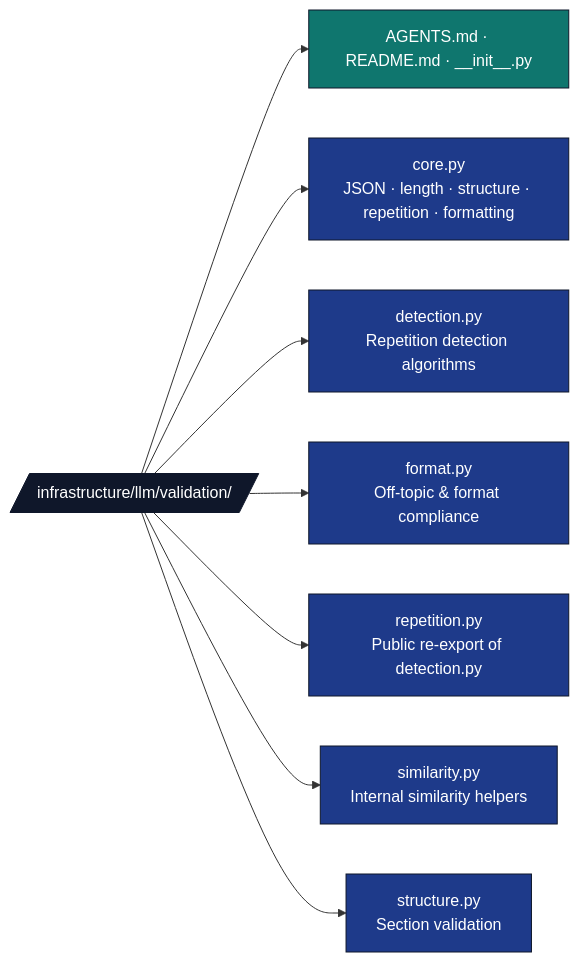
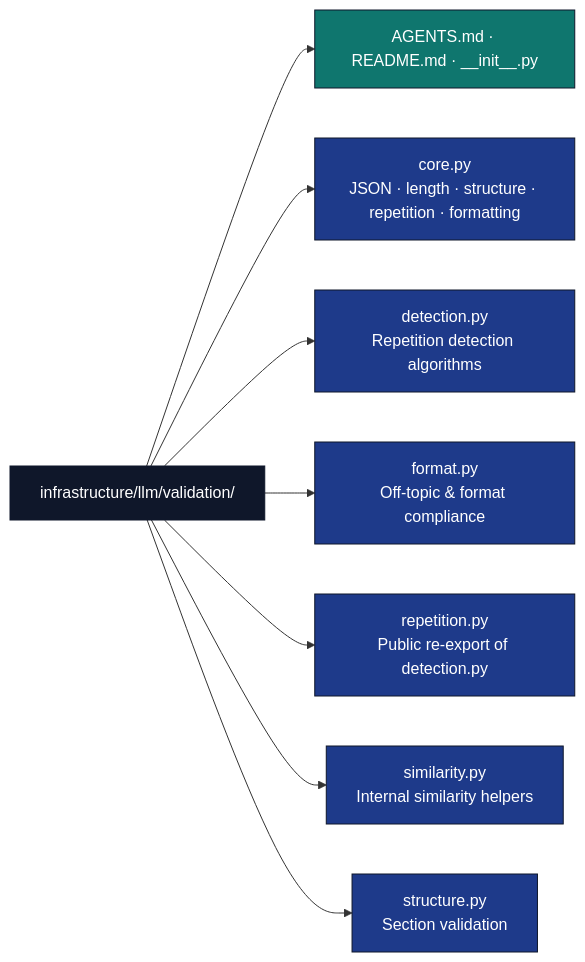
Before and after one commit to docxology/template: the diagram in infrastructure/llm/validation/AGENTS.md, drawn with Mermaid. The commit also changed 94 other files, not shown here.

````diff
--- a/infrastructure/llm/validation/AGENTS.md
+++ b/infrastructure/llm/validation/AGENTS.md
@@ -13,18 +13,18 @@
 ```mermaid
 flowchart LR
-    V[/infrastructure/llm/validation//]
+    V[infrastructure/llm/validation/]
     V --> META[AGENTS.md · README.md · __init__.py]
     V --> CORE[core.py<br/>JSON · length · structure · repetition · formatting]
     V --> DET[detection.py<br/>Repetition detection algorithms]
     V --> FMT[format.py<br/>Off-topic &amp; format compliance]
     V --> REP[repetition.py<br/>Public re-export of detection.py]
     V --> SIM[similarity.py<br/>Internal similarity helpers]
     V --> STR[structure.py<br/>Section validation]
 
     classDef d fill:#0f172a,stroke:#0f172a,color:#fff
     classDef code fill:#1e3a8a,stroke:#0f172a,color:#fff
     classDef doc fill:#0f766e,stroke:#0f172a,color:#fff
     class V d
     class CORE,DET,FMT,REP,SIM,STR code
     class META doc
 ```
````
